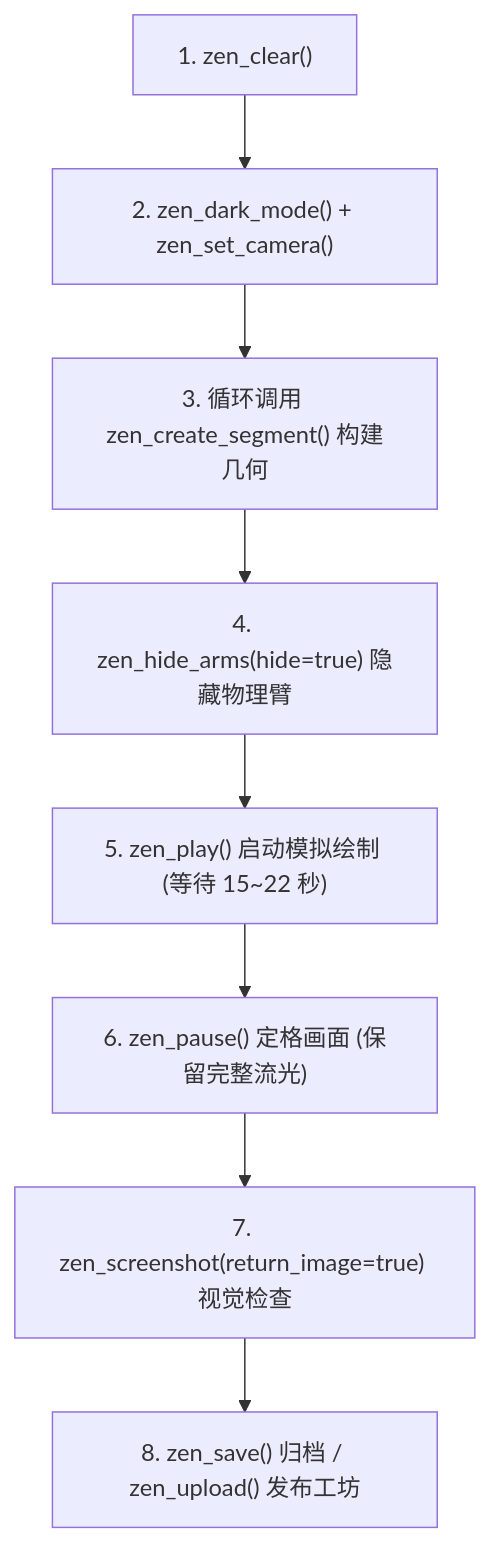
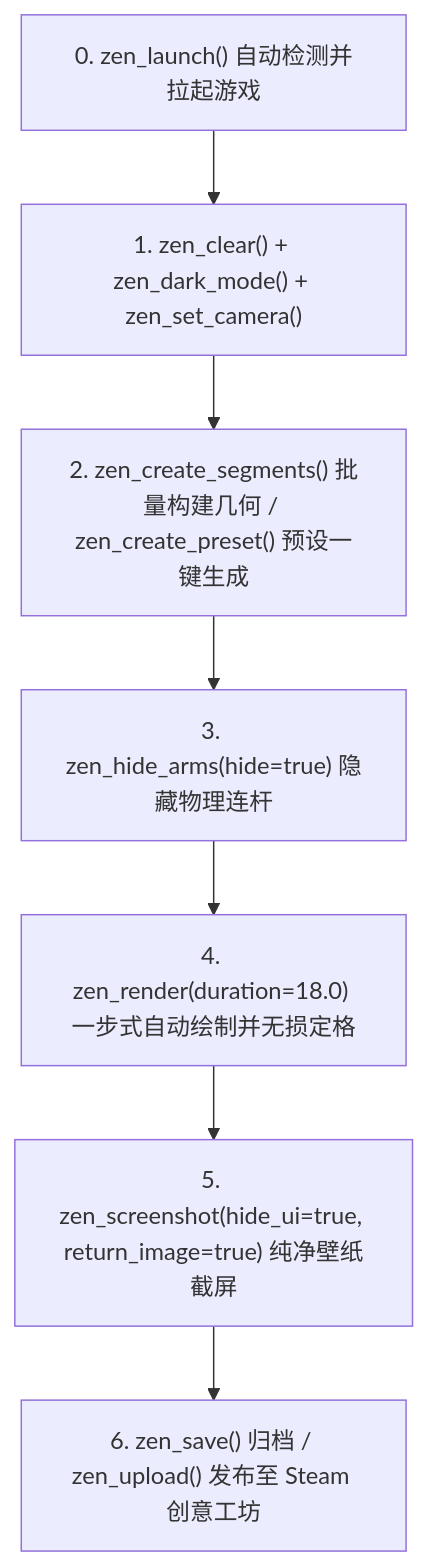
Before and after one commit to wzvideni/ZenTrailsAgent: the diagram in zentrails_agent/AGENTS.md, drawn with Mermaid. The commit also changed other lines of this file and 5 other files, not shown here.

````diff
--- a/zentrails_agent/AGENTS.md
+++ b/zentrails_agent/AGENTS.md
@@ -31,10 +31,9 @@
 ```mermaid
 flowchart TD
-    A["1. zen_clear()"] --> B["2. zen_dark_mode() + zen_set_camera()"]
-    B --> C["3. 循环调用 zen_create_segment() 构建几何"]
-    C --> D["4. zen_hide_arms(hide=true) 隐藏物理臂"]
-    D --> E["5. zen_play() 启动模拟绘制 (等待 15~22 秒)"]
-    E --> F["6. zen_pause() 定格画面 (保留完整流光)"]
-    F --> G["7. zen_screenshot(return_image=true) 视觉检查"]
-    G --> H["8. zen_save() 归档 / zen_upload() 发布工坊"]
+    A["0. zen_launch() 自动检测并拉起游戏"] --> B["1. zen_clear() + zen_dark_mode() + zen_set_camera()"]
+    B --> C["2. zen_create_segments() 批量构建几何 / zen_create_preset() 预设一键生成"]
+    C --> D["3. zen_hide_arms(hide=true) 隐藏物理连杆"]
+    D --> E["4. zen_render(duration=18.0) 一步式自动绘制并无损定格"]
+    E --> F["5. zen_screenshot(hide_ui=true, return_image=true) 纯净壁纸截屏"]
+    F --> G["6. zen_save() 归档 / zen_upload() 发布至 Steam 创意工坊"]
 ```
````
